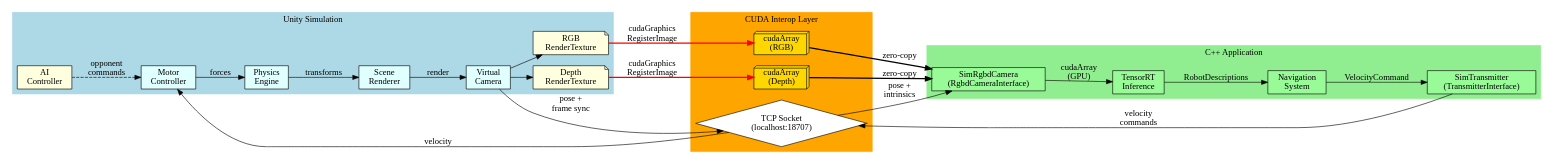
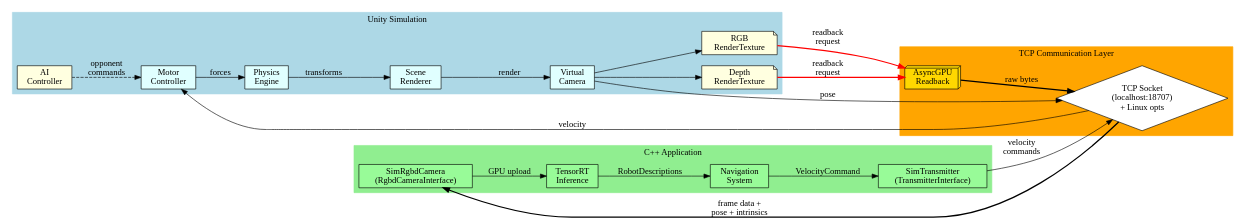
One commit to Woz4tetra/auto-battlebot changed the first of 6 diagrams in docs/SIMULATION_SYSTEM_ENGINEERING_PLAN.md. Above: the diagram before and after it, drawn with Graphviz. The commit also changed other lines of this file and 6 other files, not shown here.

````diff
--- a/docs/SIMULATION_SYSTEM_ENGINEERING_PLAN.md
+++ b/docs/SIMULATION_SYSTEM_ENGINEERING_PLAN.md
@@ -288,62 +301,60 @@
 ```dot
 digraph SystemDataFlow {
     rankdir=LR;
     node [shape=box, style=filled];
 
     subgraph cluster_unity {
         label="Unity Simulation";
         style=filled;
         color=lightblue;
 
         scene [label="Scene\nRenderer", fillcolor=lightcyan];
         camera [label="Virtual\nCamera", fillcolor=lightcyan];
         physics [label="Physics\nEngine", fillcolor=lightcyan];
         motor [label="Motor\nController", fillcolor=lightcyan];
         ai [label="AI\nController", fillcolor=lightyellow];
         rgb_tex [label="RGB\nRenderTexture", shape=note, fillcolor=lightyellow];
         depth_tex [label="Depth\nRenderTexture", shape=note, fillcolor=lightyellow];
 
         scene -> camera [label="render"];
         physics -> scene [label="transforms"];
         motor -> physics [label="forces"];
         ai -> motor [label="opponent\ncommands", style=dashed];
         camera -> rgb_tex;
         camera -> depth_tex;
     }
 
-    subgraph cluster_cuda {
-        label="CUDA Interop Layer";
+    subgraph cluster_tcp {
+        label="TCP Communication Layer";
         style=filled;
         color=orange;
 
-        cuda_rgb [label="cudaArray\n(RGB)", shape=box3d, fillcolor=gold];
-        cuda_depth [label="cudaArray\n(Depth)", shape=box3d, fillcolor=gold];
-        tcp_socket [label="TCP Socket\n(localhost:18707)", shape=diamond, fillcolor=white];
+        async_readback [label="AsyncGPU\nReadback", shape=box3d, fillcolor=gold];
+        tcp_socket [label="TCP Socket\n(localhost:18707)\n+ Linux opts", shape=diamond, fillcolor=white];
     }
 
     subgraph cluster_cpp {
         label="C++ Application";
         style=filled;
         color=lightgreen;
 
         sim_camera [label="SimRgbdCamera\n(RgbdCameraInterface)", fillcolor=palegreen];
         perception [label="TensorRT\nInference", fillcolor=palegreen];
         navigation [label="Navigation\nSystem", fillcolor=palegreen];
         sim_tx [label="SimTransmitter\n(TransmitterInterface)", fillcolor=palegreen];
 
-        sim_camera -> perception [label="cudaArray\n(GPU)"];
+        sim_camera -> perception [label="GPU upload"];
         perception -> navigation [label="RobotDescriptions"];
         navigation -> sim_tx [label="VelocityCommand"];
     }
 
-    rgb_tex -> cuda_rgb [label="cudaGraphics\nRegisterImage", style=bold, color=red];
-    depth_tex -> cuda_depth [label="cudaGraphics\nRegisterImage", style=bold, color=red];
-    cuda_rgb -> sim_camera [label="zero-copy", style=bold];
-    cuda_depth -> sim_camera [label="zero-copy", style=bold];
+    rgb_tex -> async_readback [label="readback\nrequest", style=bold, color=red];
+    depth_tex -> async_readback [label="readback\nrequest", style=bold, color=red];
+    async_readback -> tcp_socket [label="raw bytes", style=bold];
+    tcp_socket -> sim_camera [label="frame data +\npose + intrinsics", style=bold];
     
-    camera -> tcp_socket [label="pose +\nframe sync"];
-    tcp_socket -> sim_camera [label="pose +\nintrinsics"];
+    camera -> tcp_socket [label="pose"];
     sim_tx -> tcp_socket [label="velocity\ncommands"];
     tcp_socket -> motor [label="velocity"];
 }
 ```
````
